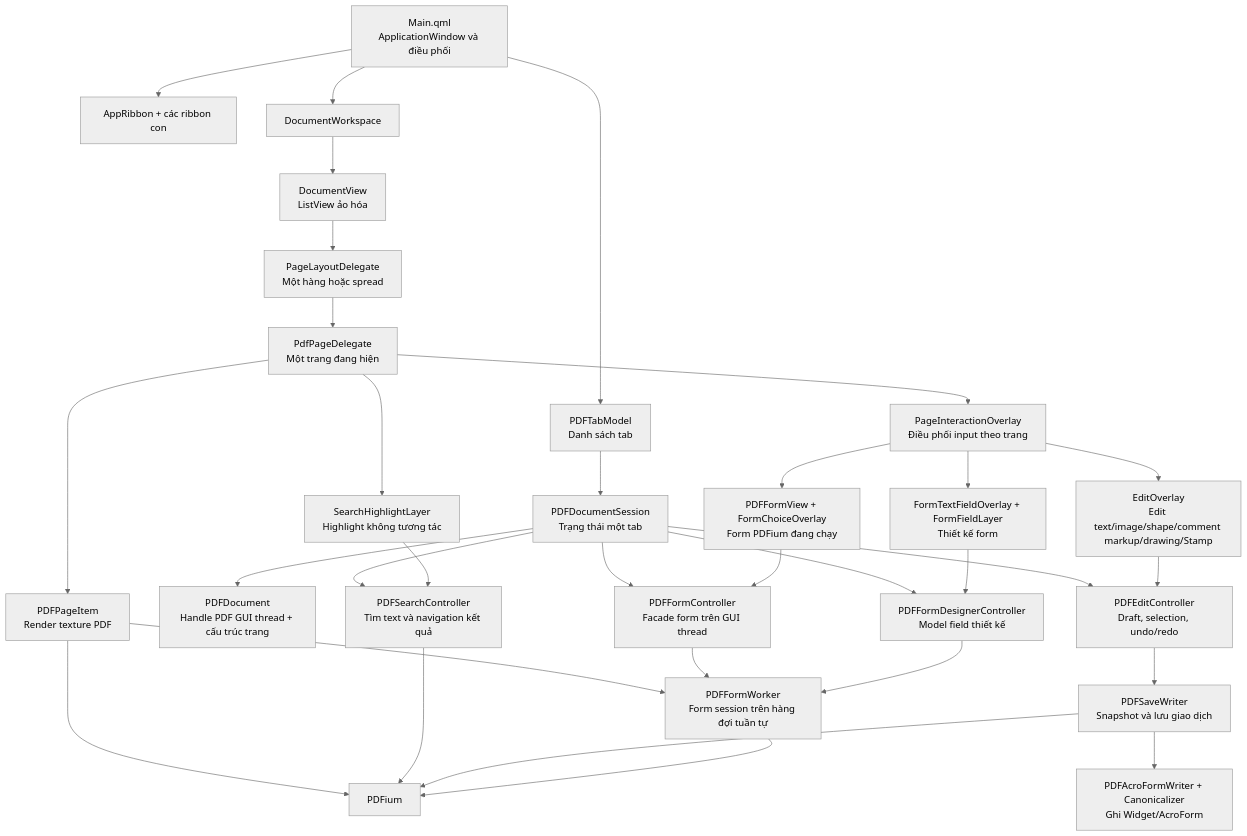
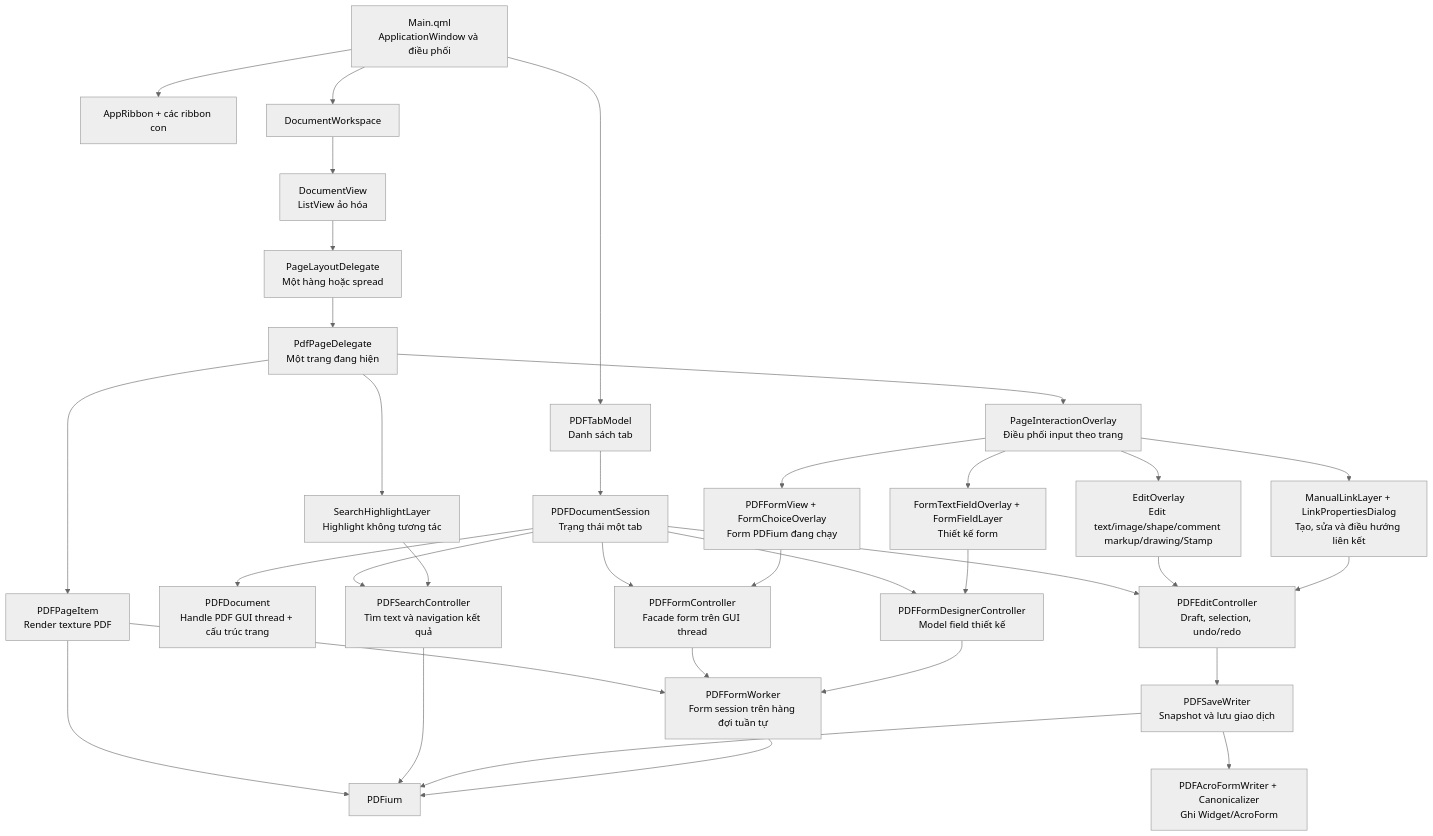
Before and after one commit to RaymondHuy/TrePDF: the diagram in docs/source-file-map.md, drawn with Mermaid (neutral theme). The commit also changed 29 other files, not shown here.

Commit message:
implement manual link

````diff
--- a/docs/source-file-map.md
+++ b/docs/source-file-map.md
@@ -25,58 +25,61 @@
 ```mermaid
 flowchart TD
     Main["Main.qml\nApplicationWindow và điều phối"]
     Ribbon["AppRibbon + các ribbon con"]
     Tabs["PDFTabModel\nDanh sách tab"]
     Session["PDFDocumentSession\nTrạng thái một tab"]
     Workspace["DocumentWorkspace"]
     View["DocumentView\nListView ảo hóa"]
     Layout["PageLayoutDelegate\nMột hàng hoặc spread"]
     Delegate["PdfPageDelegate\nMột trang đang hiện"]
     PageItem["PDFPageItem\nRender texture PDF"]
     SearchLayer["SearchHighlightLayer\nHighlight không tương tác"]
     Interaction["PageInteractionOverlay\nĐiều phối input theo trang"]
     EditOverlay["EditOverlay\nEdit text/image/shape/comment markup/drawing/Stamp"]
+    Links["ManualLinkLayer + LinkPropertiesDialog\nTạo, sửa và điều hướng liên kết"]
     FormView["PDFFormView + FormChoiceOverlay\nForm PDFium đang chạy"]
     Designer["FormTextFieldOverlay + FormFieldLayer\nThiết kế form"]
     Document["PDFDocument\nHandle PDF GUI thread + cấu trúc trang"]
     Edit["PDFEditController\nDraft, selection, undo/redo"]
     Search["PDFSearchController\nTìm text và navigation kết quả"]
     Form["PDFFormController\nFacade form trên GUI thread"]
     FormDesigner["PDFFormDesignerController\nModel field thiết kế"]
     Worker["PDFFormWorker\nForm session trên hàng đợi tuần tự"]
     Save["PDFSaveWriter\nSnapshot và lưu giao dịch"]
     Acro["PDFAcroFormWriter + Canonicalizer\nGhi Widget/AcroForm"]
     Pdfium["PDFium"]
 
     Main --> Ribbon
     Main --> Tabs
     Tabs --> Session
     Main --> Workspace
     Workspace --> View
     View --> Layout
     Layout --> Delegate
     Delegate --> PageItem
     Delegate --> SearchLayer
     Delegate --> Interaction
     Interaction --> EditOverlay
+    Interaction --> Links
     Interaction --> FormView
     Interaction --> Designer
     Session --> Document
     Session --> Edit
     Session --> Search
     Session --> Form
     Session --> FormDesigner
     PageItem --> Worker
     PageItem --> Pdfium
     SearchLayer --> Search
     Search --> Pdfium
     EditOverlay --> Edit
+    Links --> Edit
     FormView --> Form
     Form --> Worker
     Designer --> FormDesigner
     FormDesigner --> Worker
     Edit --> Save
     Save --> Acro
     Save --> Pdfium
     Worker --> Pdfium
 ```
````
